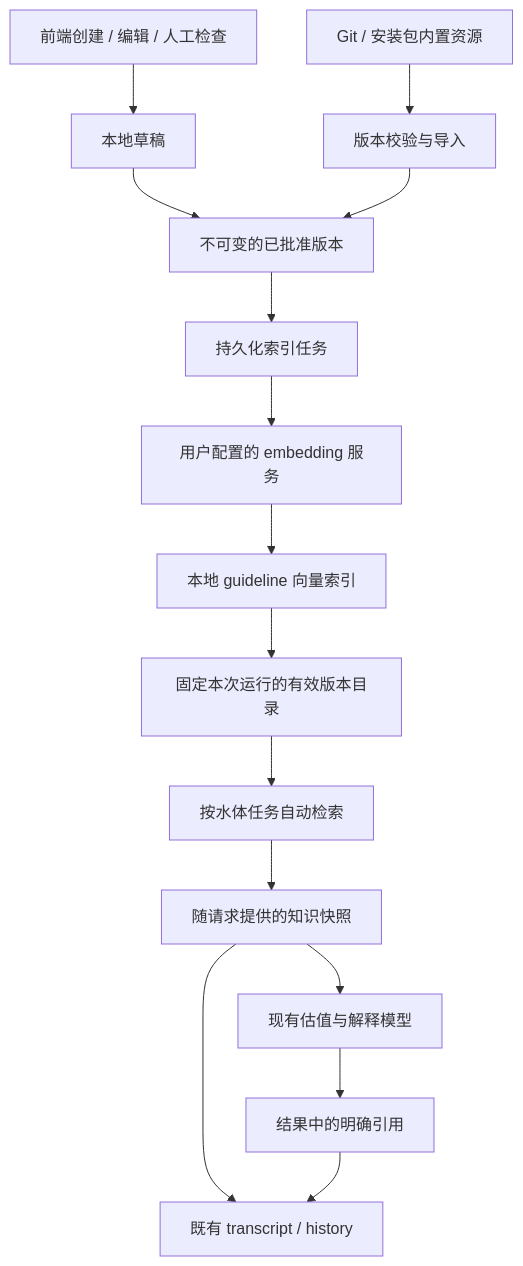
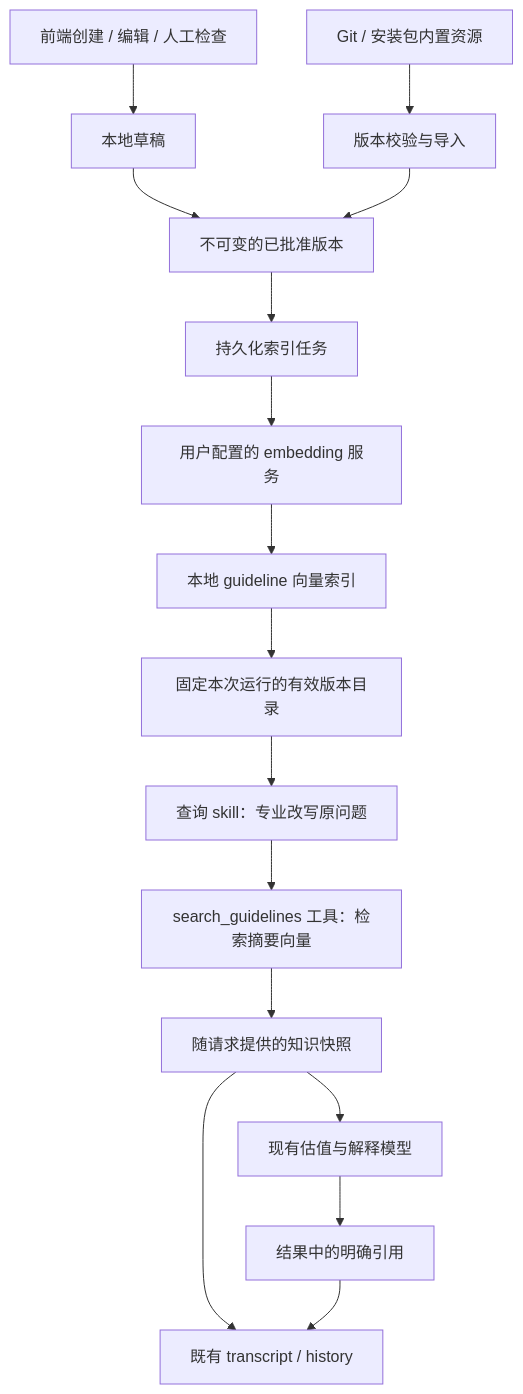
The first of 2 diagrams in docs/guidelines/guideline_knowledge_design.md (power246/WaterAgentsAPP), drawn with Mermaid before and after one commit. The commit also changed other lines of this file and 43 other files, not shown here.

Commit message:
feat(guidelines): index summaries and retrieve through query skill

````diff
--- a/docs/guidelines/guideline_knowledge_design.md
+++ b/docs/guidelines/guideline_knowledge_design.md
@@ -54,17 +54,18 @@
 ```mermaid
 flowchart TD
   B[Git / 安装包内置资源] --> I[版本校验与导入]
   U[前端创建 / 编辑 / 人工检查] --> D[本地草稿]
   D --> P[不可变的已批准版本]
   I --> P
   P --> J[持久化索引任务]
   J --> E[用户配置的 embedding 服务]
   E --> V[本地 guideline 向量索引]
   V --> C[固定本次运行的有效版本目录]
-  C --> R[按水体任务自动检索]
+  C --> S[查询 skill：专业改写原问题]
+  S --> R[search_guidelines 工具：检索摘要向量]
   R --> K[随请求提供的知识快照]
   K --> M[现有估值与解释模型]
   K --> T[既有 transcript / history]
   M --> A[结果中的明确引用]
   A --> T
 ```
````
